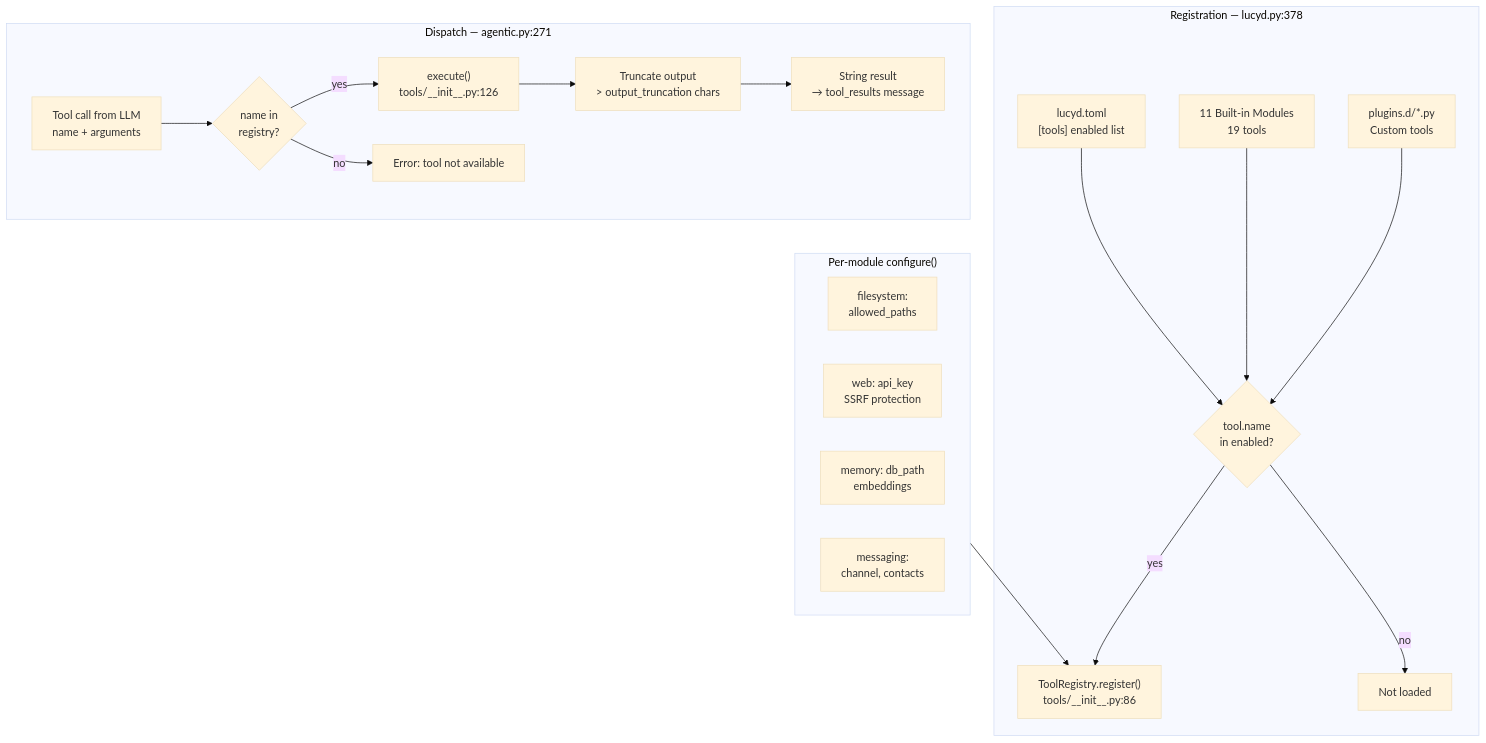
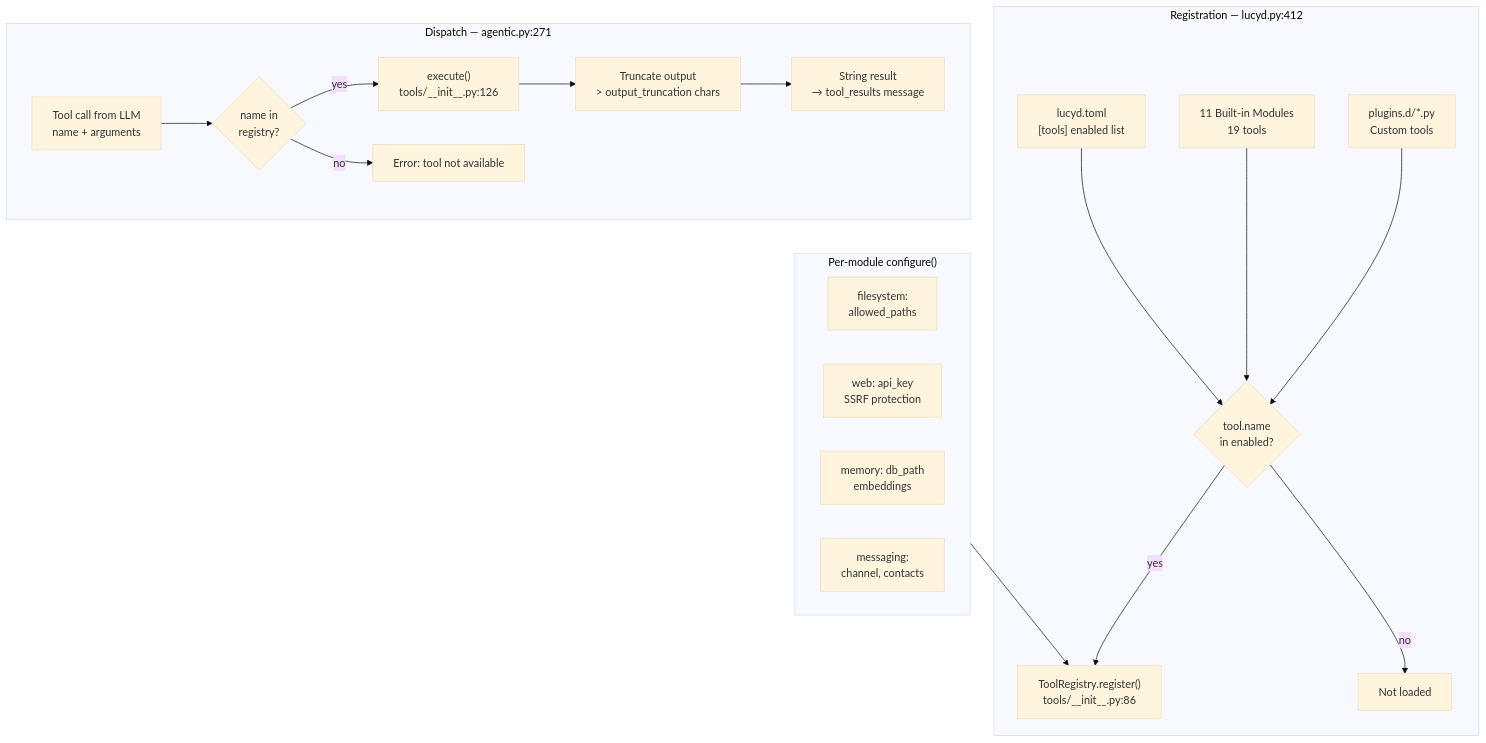
One commit to nicolasforstinger/lucyd changed the seventh of 8 diagrams in docs/diagrams.md. Above: the diagram before and after it, drawn with Mermaid (base theme). The commit also changed other lines of this file and 15 other files, not shown here.

````diff
--- a/docs/diagrams.md
+++ b/docs/diagrams.md
@@ -277,36 +277,36 @@
 ```mermaid
 flowchart TD
-    subgraph Startup["Registration — lucyd.py:378"]
+    subgraph Startup["Registration — lucyd.py:412"]
         CONFIG["lucyd.toml<br/>[tools] enabled list"]
         BUILTIN["11 Built-in Modules<br/>19 tools"]
         PLUGINS["plugins.d/*.py<br/>Custom tools"]
         CONFIG --> FILTER{"tool.name<br/>in enabled?"}
         BUILTIN --> FILTER
         PLUGINS --> FILTER
         FILTER -->|yes| REG["ToolRegistry.register()<br/>tools/__init__.py:86"]
         FILTER -->|no| SKIP["Not loaded"]
     end
 
     subgraph Configure["Per-module configure()"]
         direction LR
         FS_CFG["filesystem:<br/>allowed_paths"]
         WEB_CFG["web: api_key<br/>SSRF protection"]
         MEM_CFG["memory: db_path<br/>embeddings"]
         MSG_CFG["messaging:<br/>channel, contacts"]
     end
 
     subgraph Runtime["Dispatch — agentic.py:271"]
         CALL["Tool call from LLM<br/>name + arguments"]
         LOOKUP{"name in<br/>registry?"}
         EXEC["execute()<br/>tools/__init__.py:126"]
         TRUNC["Truncate output<br/>> output_truncation chars"]
         RESULT["String result<br/>→ tool_results message"]
         ERR["Error: tool not available"]
     end
 
     Configure --> REG
 
     CALL --> LOOKUP
     LOOKUP -->|yes| EXEC --> TRUNC --> RESULT
     LOOKUP -->|no| ERR
 ```
````
